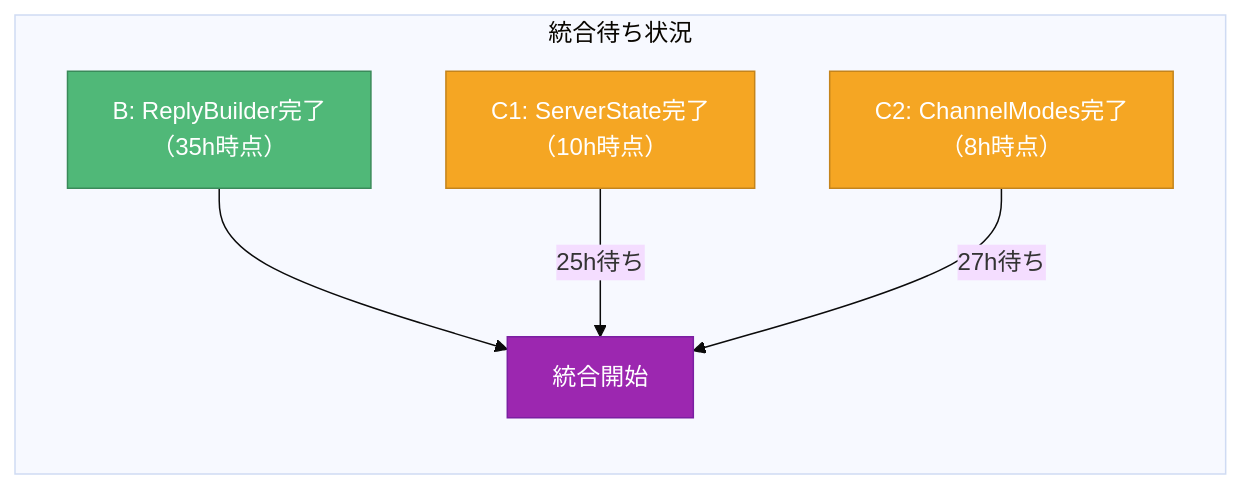
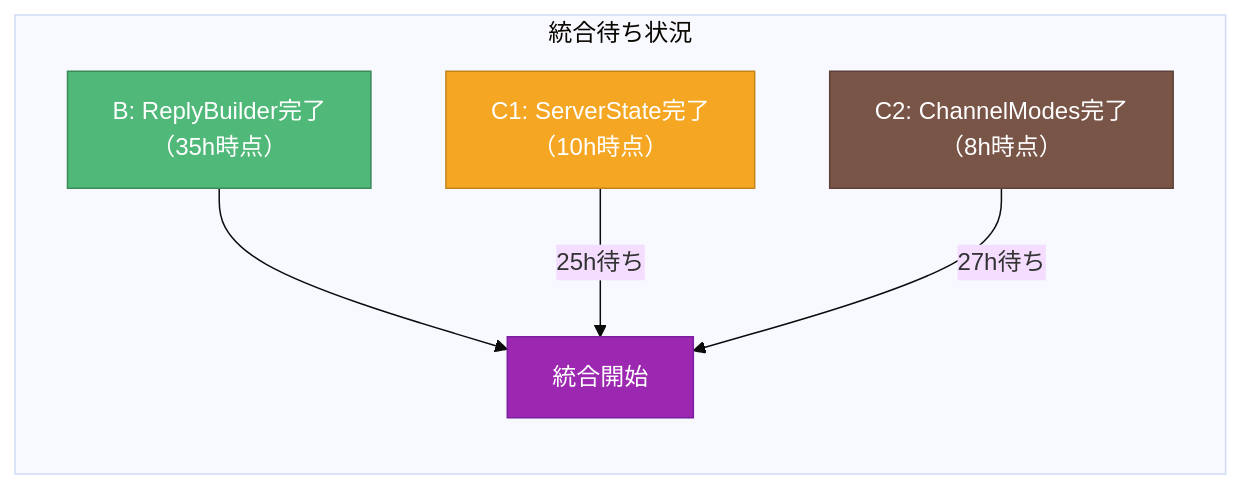
The fourth of 4 diagrams in dev_docs/diagrams/timeline_diagram.md (tototec1234/IRC), drawn with Mermaid (base theme) before and after one commit. The commit also changed other lines of this file and 26 other files, not shown here.

````diff
--- a/dev_docs/diagrams/timeline_diagram.md
+++ b/dev_docs/diagrams/timeline_diagram.md
@@ -169,18 +169,18 @@
 ```mermaid
 flowchart TB
     subgraph WAIT["統合待ち状況"]
         direction TB
         B_done["B: ReplyBuilder完了<br/>（35h時点）"]
         C1_done["C1: ServerState完了<br/>（10h時点）"]
         C2_done["C2: ChannelModes完了<br/>（8h時点）"]
         
         B_done --> MERGE["統合開始"]
         C1_done -->|"25h待ち"| MERGE
         C2_done -->|"27h待ち"| MERGE
     end
 
     style B_done fill:#50B878,stroke:#3A8A5A,color:#fff
     style C1_done fill:#F5A623,stroke:#C4841C,color:#fff
-    style C2_done fill:#F5A623,stroke:#C4841C,color:#fff
+    style C2_done fill:#795548,stroke:#5D4037,color:#fff
     style MERGE fill:#9C27B0,stroke:#7B1FA2,color:#fff
 ```
````
